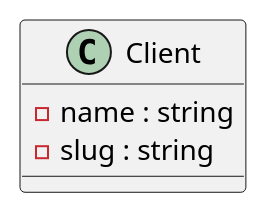
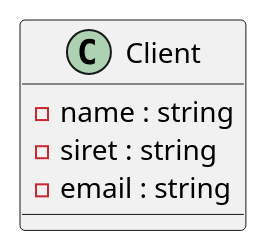
One commit to laurasullyalexandrine/BileMo changed the diagram in diagrams-uml/Class/Client.puml. Above: the diagram before and after it, drawn with PlantUML. The commit also changed 1 other file, not shown here.

```diff
--- a/diagrams-uml/Class/Client.puml
+++ b/diagrams-uml/Class/Client.puml
@@ -1,10 +1,11 @@
 @startuml Client
 
 Class Client {
     
     - name : string
-    - slug : string
+    - siret : string
+    - email : string
 
 }
 
 @enduml
```
